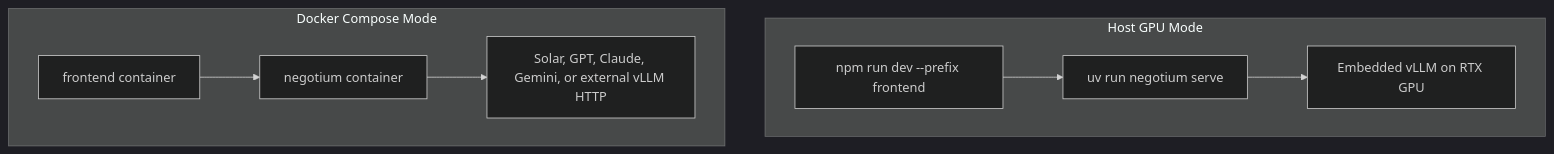
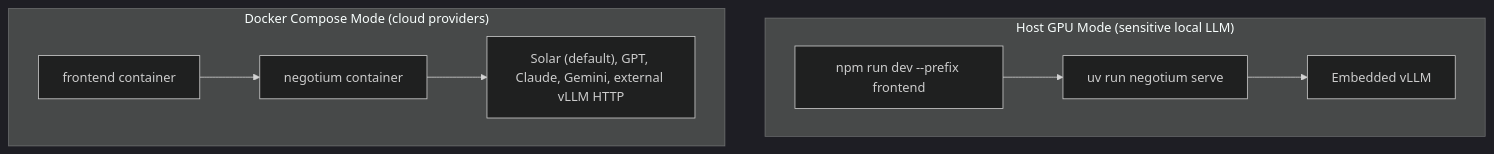
One commit to PatchMachine/Negotium changed the sixth of 6 diagrams in docs/architecture.md. Above: the diagram before and after it, drawn with Mermaid (dark theme). The commit also changed other lines of this file and 2 other files, not shown here.

````diff
--- a/docs/architecture.md
+++ b/docs/architecture.md
@@ -215,15 +107,12 @@
 ```mermaid
 flowchart TB
-  subgraph HostGpu["Host GPU Mode"]
-    HostBackend["uv run negotium serve"]
-    HostBackend --> EmbeddedVllm["Embedded vLLM on RTX GPU"]
+  subgraph HostGpu["Host GPU Mode (sensitive local LLM)"]
+    HostBackend["uv run negotium serve"] --> EmbeddedVllm["Embedded vLLM"]
     HostFrontend["npm run dev --prefix frontend"] --> HostBackend
   end
 
-  subgraph DockerMode["Docker Compose Mode"]
-    DockerFrontend["frontend container"]
-    DockerBackend["negotium container"]
-    DockerFrontend --> DockerBackend
-    DockerBackend --> CloudProviders["Solar, GPT, Claude, Gemini, or external vLLM HTTP"]
+  subgraph DockerMode["Docker Compose Mode (cloud providers)"]
+    DockerFrontend["frontend container"] --> DockerBackend["negotium container"]
+    DockerBackend --> CloudProviders["Solar (default), GPT, Claude, Gemini, external vLLM HTTP"]
   end
 ```
````
